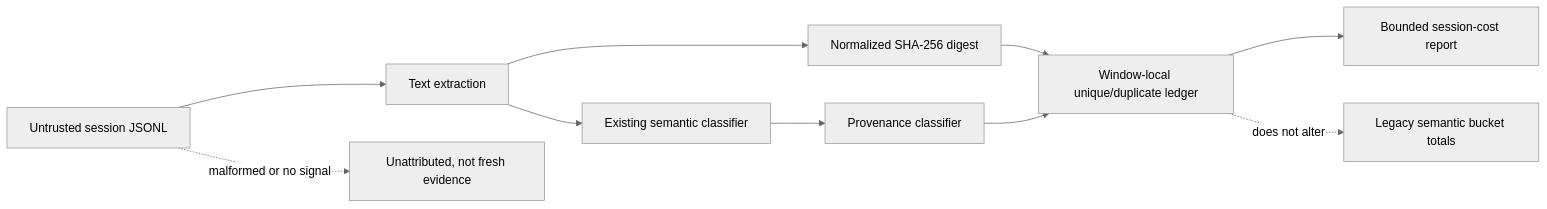
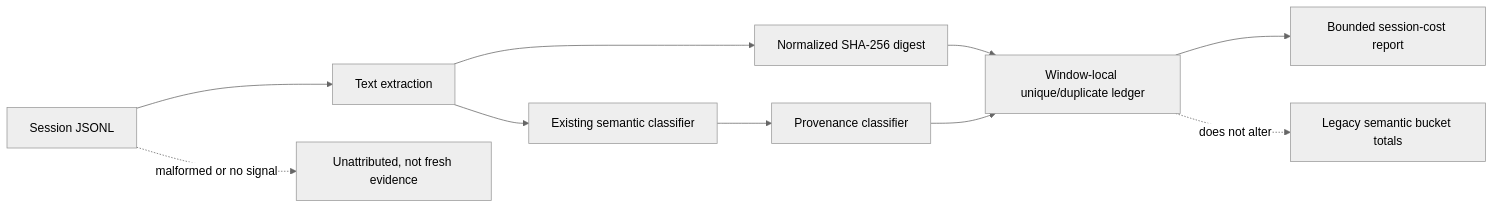
The diagram in docs/specs/vibepro-session-exposure-provenance-dedup.md (Unson-LLC/vibepro), drawn with Mermaid (neutral theme) before and after one commit. The commit also changed other lines of this file, not shown here.

Commit message:
docs: declare inherited session accounting behavior

````diff
--- a/docs/specs/vibepro-session-exposure-provenance-dedup.md
+++ b/docs/specs/vibepro-session-exposure-provenance-dedup.md
@@ -27,12 +43,12 @@
 ```mermaid
 flowchart LR
-  J["Untrusted session JSONL"] --> X["Text extraction"]
+  J["Session JSONL"] --> X["Text extraction"]
   X --> S["Existing semantic classifier"]
   X --> D["Normalized SHA-256 digest"]
   S --> P["Provenance classifier"]
   D --> U["Window-local unique/duplicate ledger"]
   P --> U
   U --> R["Bounded session-cost report"]
   J -. "malformed or no signal" .-> N["Unattributed, not fresh evidence"]
   U -. "does not alter" .-> C["Legacy semantic bucket totals"]
 ```
````
